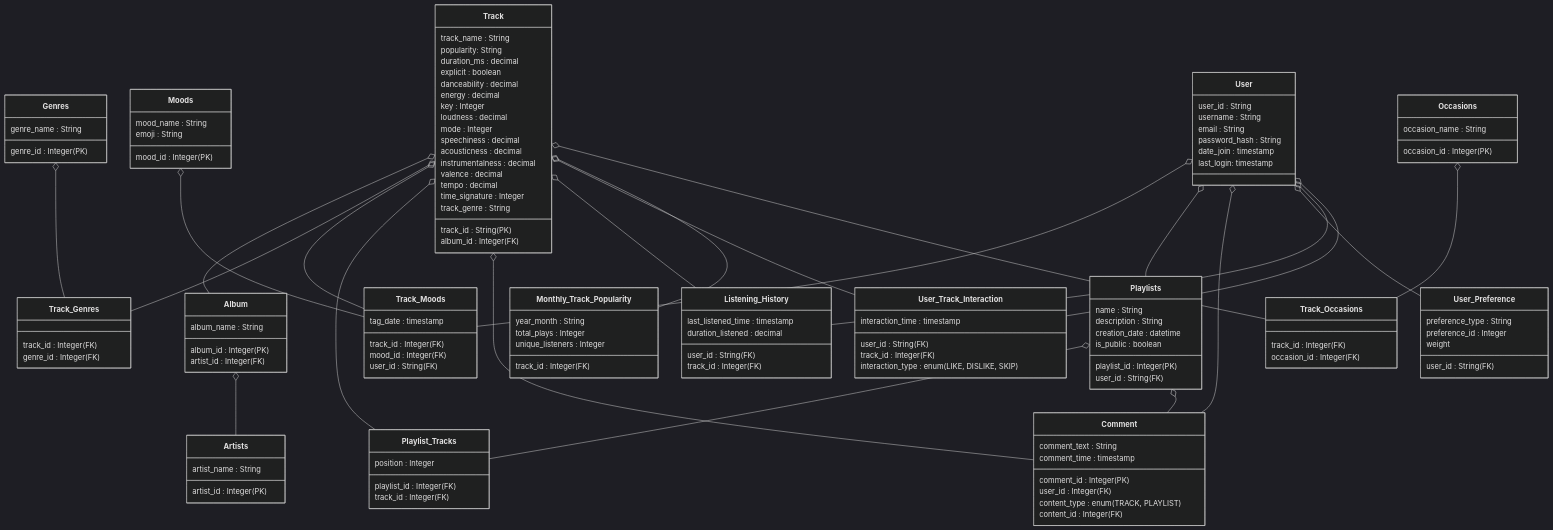
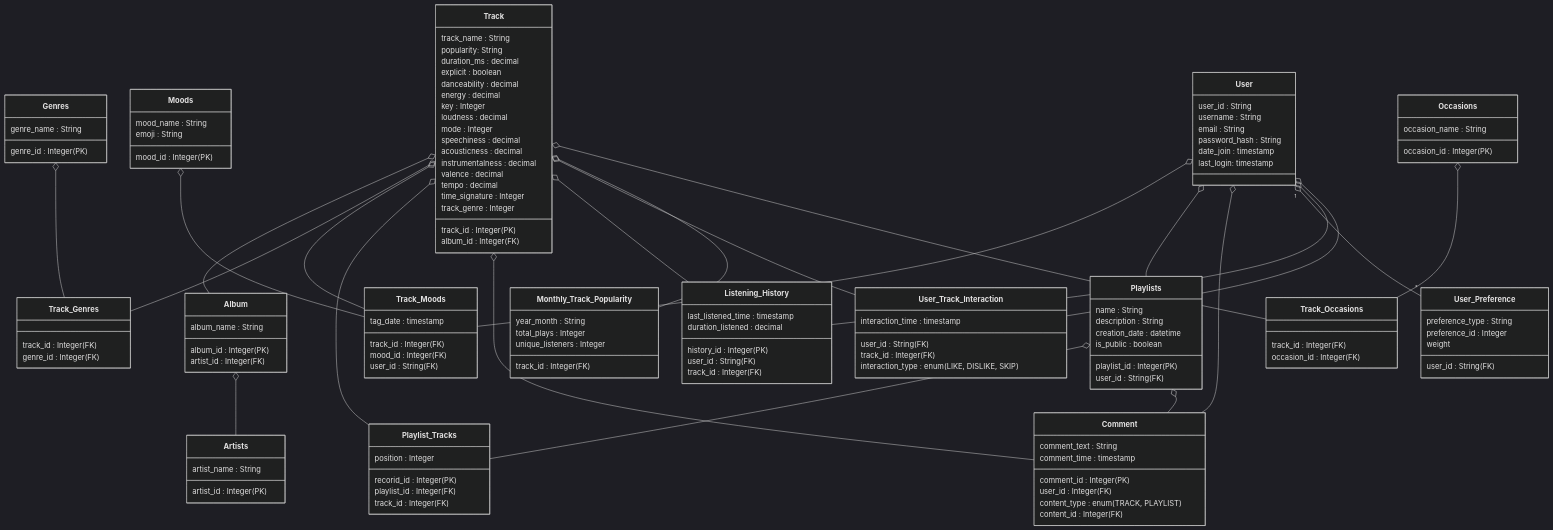
One commit to olvmky/musicRecommendation changed the diagram in README.md. Above: the diagram before and after it, drawn with Mermaid (dark theme).

Commit message:
Update README.md
update uml table

````diff
--- a/README.md
+++ b/README.md
@@ -26,7 +26,7 @@
     User o-- Track_Moods
     User o-- Playlists
     User o-- Comment
-    User o-- User_Preference
+    User "1" o-- "*" User_Preference
     User o-- Listening_History
     User o-- User_Track_Interaction
     Occasions o-- Track_Occasions
@@ -35,7 +35,7 @@
 
     
     class Track{
-        track_id : String (PK)
+        track_id : Integer (PK)
         track_name : String
         album_id : Integer (FK)
         popularity: String
@@ -52,7 +52,7 @@
         valence : decimal
         tempo : decimal
         time_signature : Integer
-        track_genre : String
+        track_genre : Integer
     }
     class Album{
         album_id : Integer(PK)
@@ -99,6 +99,7 @@
         is_public : boolean
     }
     class Playlist_Tracks{
+        recorid_id : Integer(PK)
         playlist_id : Integer(FK)
         track_id : Integer (FK)
         position : Integer
@@ -118,6 +119,7 @@
         weight
     }
     class Listening_History{
+        history_id : Integer (PK)
         user_id : String (FK)
         track_id : Integer (FK)
         last_listened_time : timestamp
@@ -144,4 +146,5 @@
         occasion_id : Integer (FK)
     }
 
+
 ```
````
